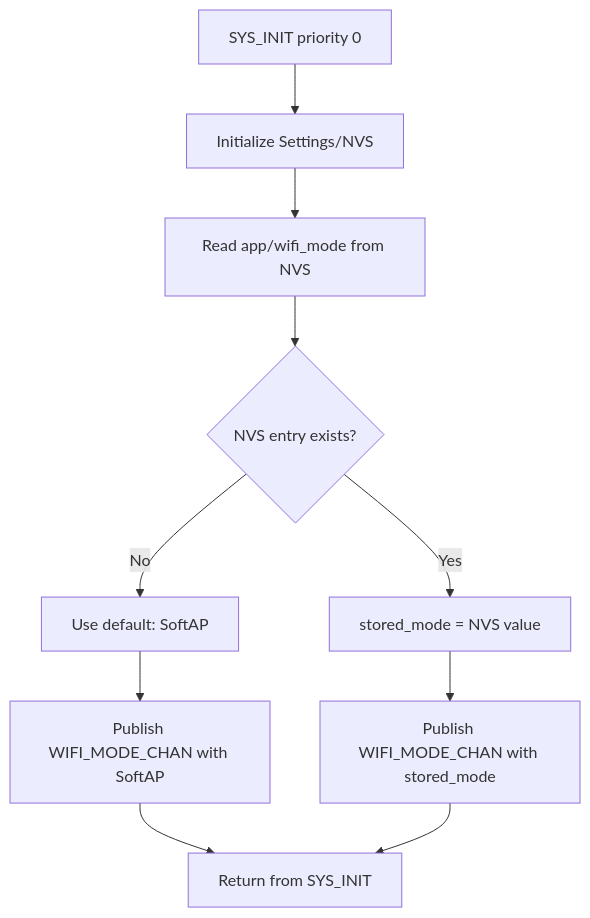
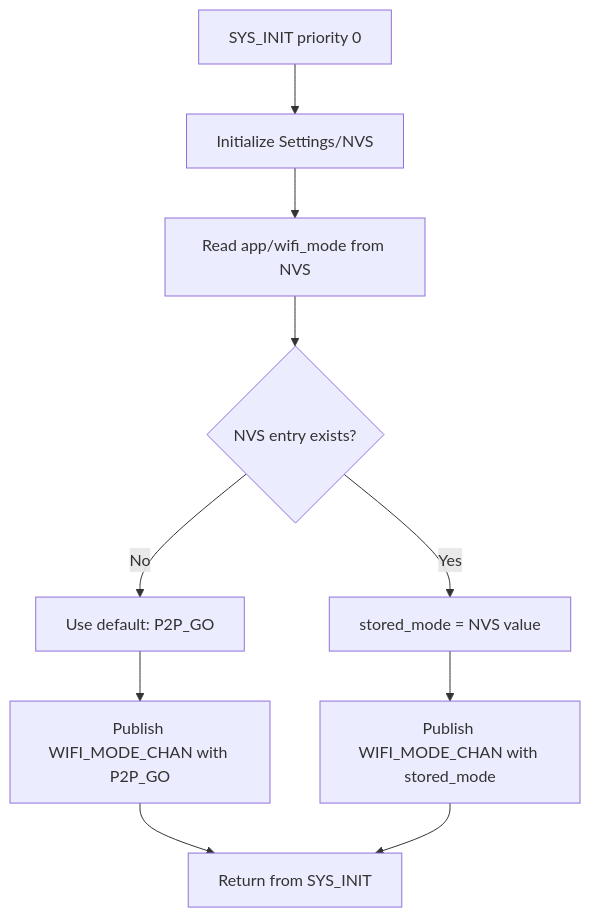
The first of 2 diagrams in docs/specs/mode-selector.md (chshzh/nordic-wifi-webdash), drawn with Mermaid before and after one commit. The commit also changed other lines of this file and 8 other files, not shown here.

````diff
--- a/docs/specs/mode-selector.md
+++ b/docs/specs/mode-selector.md
@@ -83,12 +85,12 @@
 ```mermaid
 flowchart TD
     A[SYS_INIT priority 0] --> B[Initialize Settings/NVS]
     B --> C[Read app/wifi_mode from NVS]
     C --> D{NVS entry exists?}
-    D -- No --> E[Use default: SoftAP]
+    D -- No --> E[Use default: P2P_GO]
     D -- Yes --> F[stored_mode = NVS value]
-    E --> G[Publish WIFI_MODE_CHAN with SoftAP]
-    F --> H[Publish WIFI_MODE_CHAN with stored_mode]
+    E --> G[Publish WIFI_MODE_CHAN with P2P_GO]
+    F --> G2[Publish WIFI_MODE_CHAN with stored_mode]
     G --> I[Return from SYS_INIT]
-    H --> I
+    G2 --> I
 ```
````
